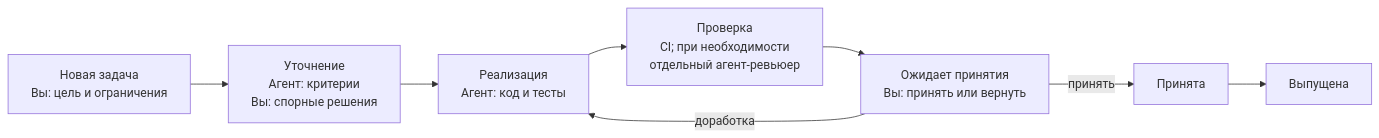
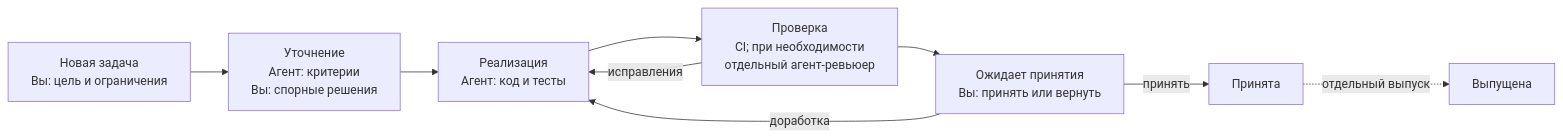
One commit to v1nkore/codex-home changed the first of 2 diagrams in docs/agent-development/PROCESS.md. Above: the diagram before and after it, drawn with Mermaid. The commit also changed other lines of this file, not shown here.

Commit message:
Align agent process diagrams with review and release gates

````diff
--- a/docs/agent-development/PROCESS.md
+++ b/docs/agent-development/PROCESS.md
@@ -7,14 +7,16 @@
 ```mermaid
 flowchart LR
     A["Новая задача<br/>Вы: цель и ограничения"]
     B["Уточнение<br/>Агент: критерии<br/>Вы: спорные решения"]
     C["Реализация<br/>Агент: код и тесты"]
     D["Проверка<br/>CI; при необходимости<br/>отдельный агент-ревьюер"]
     E["Ожидает принятия<br/>Вы: принять или вернуть"]
     F["Принята"]
     G["Выпущена"]
 
     A --> B --> C --> D --> E
+    D -- исправления --> C
     E -- доработка --> C
-    E -- принять --> F --> G
+    E -- принять --> F
+    F -. отдельный выпуск .-> G
 ```
````
